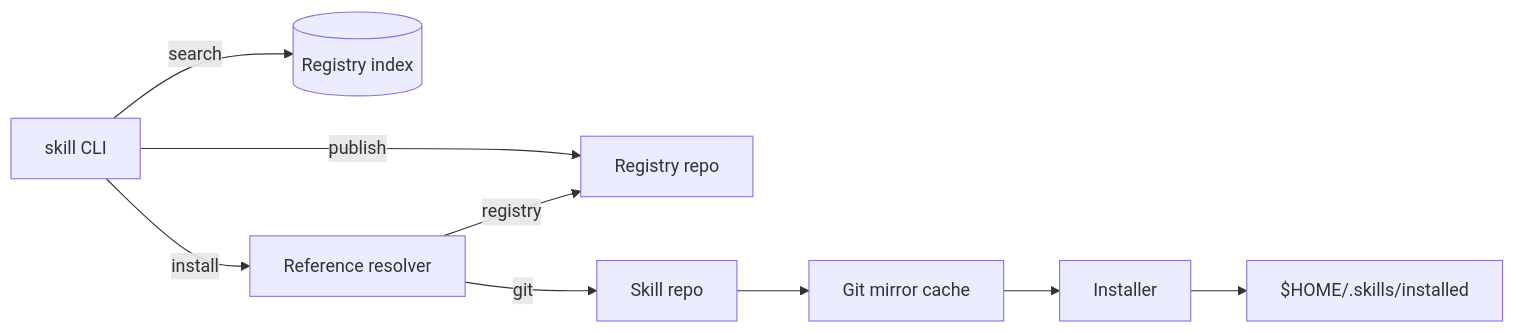
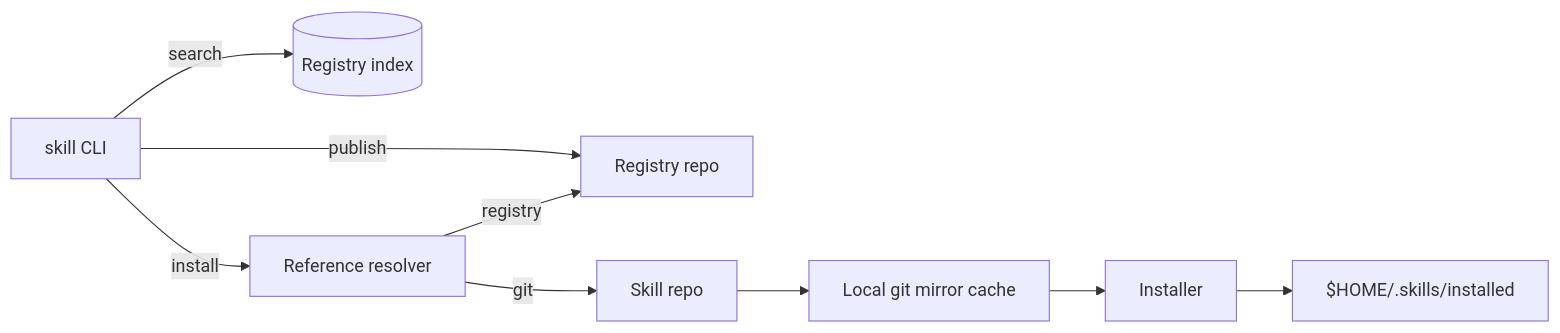
One commit to philipesteiff/skill changed the diagram in README.md. Above: the diagram before and after it, drawn with Mermaid. The commit also changed other lines of this file and 2 other files, not shown here.

Commit message:
docs: expand overview and CLI examples

````diff
--- a/README.md
+++ b/README.md
@@ -13,11 +14,12 @@
 ```mermaid
 flowchart LR
-  CLI[skill CLI] -->|search| RegistryIndex[(Registry index)]
+  CLI[skill CLI]
+  CLI -->|search| RegistryIndex[(Registry index)]
   CLI -->|install| Resolver[Reference resolver]
   Resolver -->|registry| RegistryRepo[Registry repo]
-  Resolver -->|git| GitRepo[Skill repo]
-  GitRepo --> Mirror[Git mirror cache]
+  Resolver -->|git| SkillRepo[Skill repo]
+  SkillRepo --> Mirror[Local git mirror cache]
   Mirror --> Installer[Installer]
   Installer --> SkillsHome[$HOME/.skills/installed]
   CLI -->|publish| RegistryRepo
 ```
````
